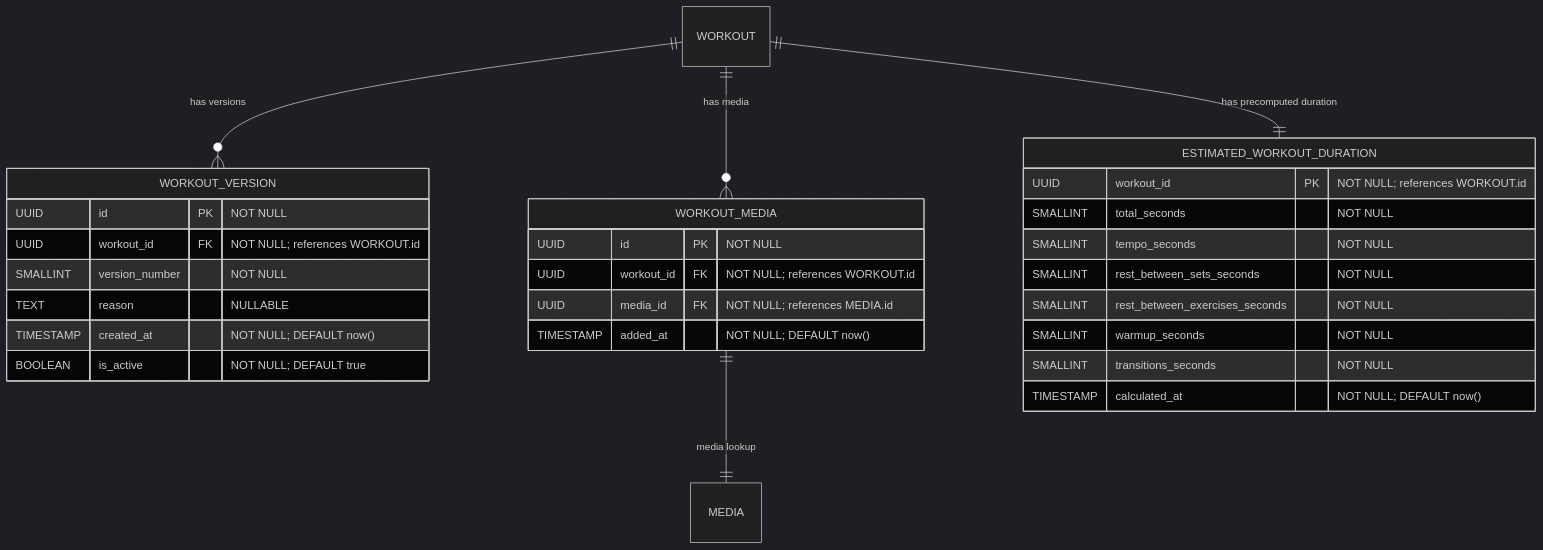
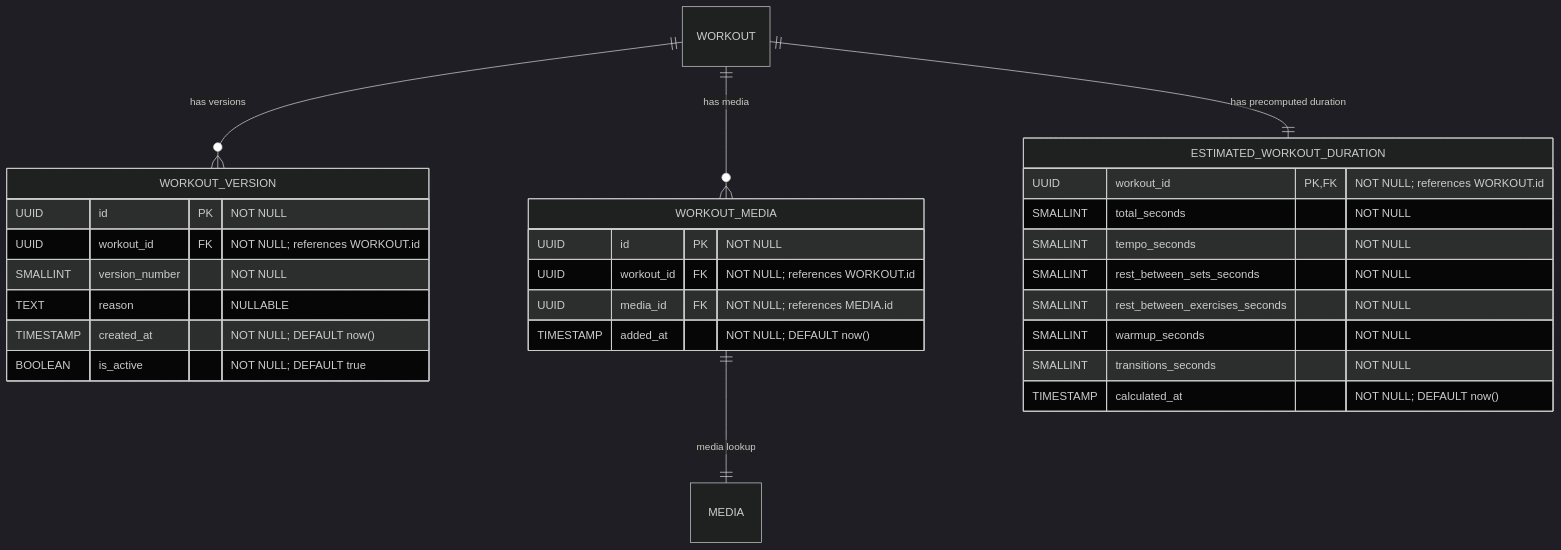
Before and after one commit to Dratharias/Motriforge: the diagram in docs/workout/metadata_extensions_versions_media_duration.md, drawn with Mermaid (dark theme). The commit also changed 20 other files, not shown here.

````diff
--- a/docs/workout/metadata_extensions_versions_media_duration.md
+++ b/docs/workout/metadata_extensions_versions_media_duration.md
@@ -8,38 +8,38 @@
 ```mermaid
 erDiagram
   %%=== Layer 3: Metadata & Extensions ===%%
 
   WORKOUT_VERSION {
     UUID id PK                          "NOT NULL"
     UUID workout_id FK                  "NOT NULL; references WORKOUT.id"
     SMALLINT version_number            "NOT NULL"
     TEXT reason                         "NULLABLE"
     TIMESTAMP created_at                "NOT NULL; DEFAULT now()"
     BOOLEAN is_active                   "NOT NULL; DEFAULT true"
   }
 
   WORKOUT_MEDIA {
     UUID id PK                          "NOT NULL"
     UUID workout_id FK                  "NOT NULL; references WORKOUT.id"
     UUID media_id FK                    "NOT NULL; references MEDIA.id"
     TIMESTAMP added_at                  "NOT NULL; DEFAULT now()"
   }
 
   ESTIMATED_WORKOUT_DURATION {
-    UUID workout_id PK                  "NOT NULL; references WORKOUT.id"
+    UUID workout_id PK,FK                  "NOT NULL; references WORKOUT.id"
     SMALLINT total_seconds              "NOT NULL"
     SMALLINT tempo_seconds              "NOT NULL"
     SMALLINT rest_between_sets_seconds  "NOT NULL"
     SMALLINT rest_between_exercises_seconds "NOT NULL"
     SMALLINT warmup_seconds             "NOT NULL"
     SMALLINT transitions_seconds        "NOT NULL"
     TIMESTAMP calculated_at             "NOT NULL; DEFAULT now()"
   }
 
   %%— Relationships in Layer 3 —
   WORKOUT ||--o{ WORKOUT_VERSION             : "has versions"
   WORKOUT ||--o{ WORKOUT_MEDIA               : "has media"
   WORKOUT ||--|| ESTIMATED_WORKOUT_DURATION  : "has precomputed duration"
   WORKOUT_MEDIA ||--|| MEDIA                  : "media lookup"
 
 ```
````
